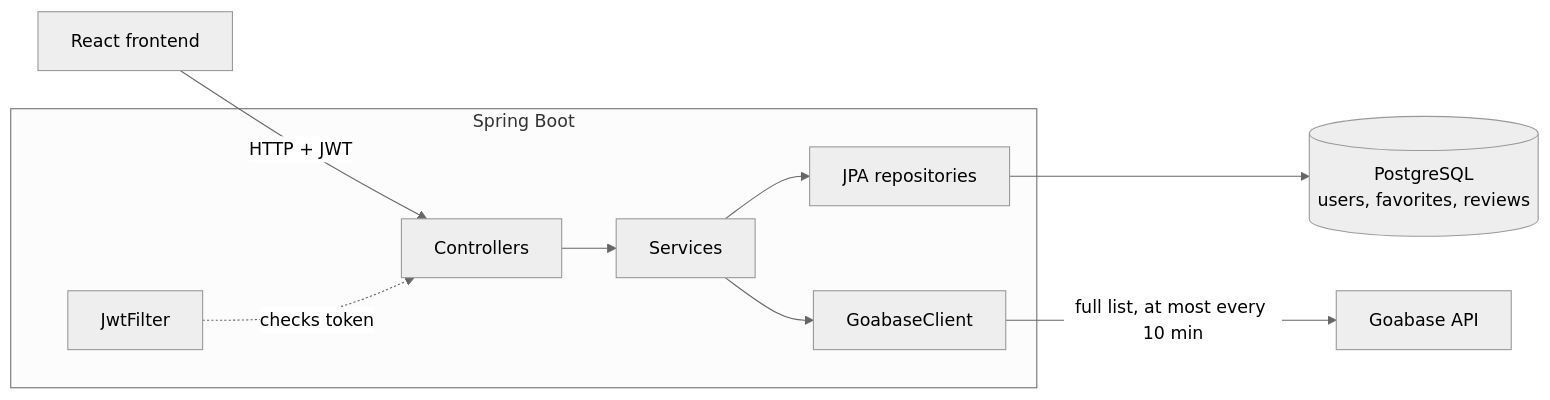
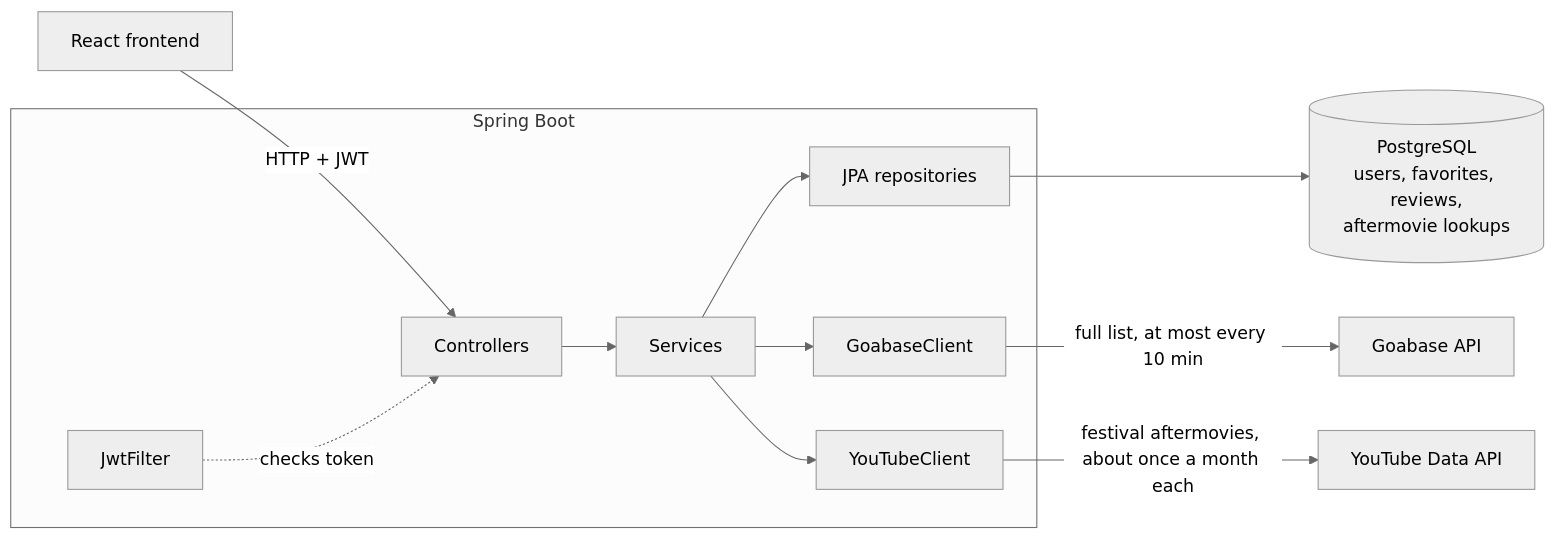
Before and after one commit to Peconjii/psytrance-tracker-backend: the diagram in README.md, drawn with Mermaid (neutral theme). The commit also changed other lines of this file and 21 other files, not shown here.

First line of the commit message:
Add event details endpoint with line-up artists and festival aftermovies

````diff
--- a/README.md
+++ b/README.md
@@ -31,14 +31,16 @@
 ```mermaid
 flowchart LR
     UI[React frontend] -->|HTTP + JWT| C
 
     subgraph Spring Boot
         C[Controllers] --> S[Services]
         S --> R[JPA repositories]
         S --> G[GoabaseClient]
+        S --> Y[YouTubeClient]
         F[JwtFilter] -.checks token.-> C
     end
 
-    R --> DB[(PostgreSQL<br/>users, favorites, reviews)]
+    R --> DB[(PostgreSQL<br/>users, favorites, reviews,<br/>aftermovie lookups)]
     G -->|full list, at most every 10 min| GA[Goabase API]
+    Y -->|festival aftermovies, about once a month each| YT[YouTube Data API]
 ```
````
